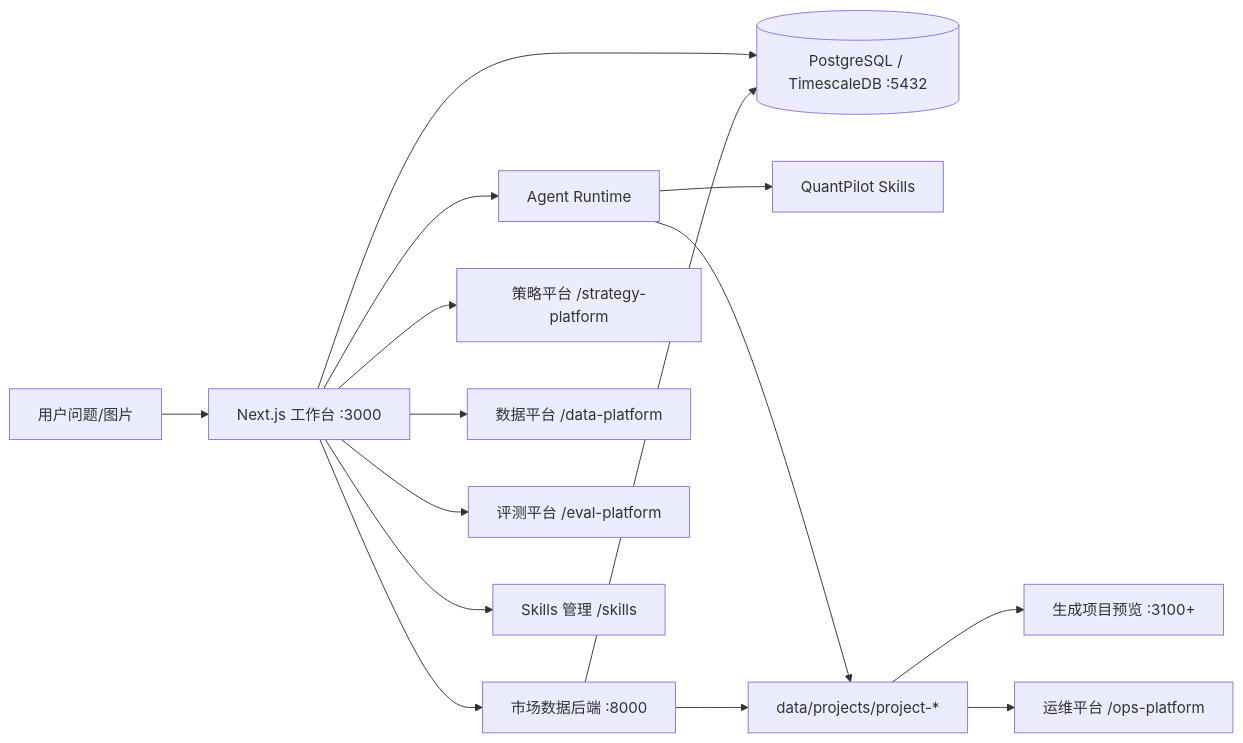
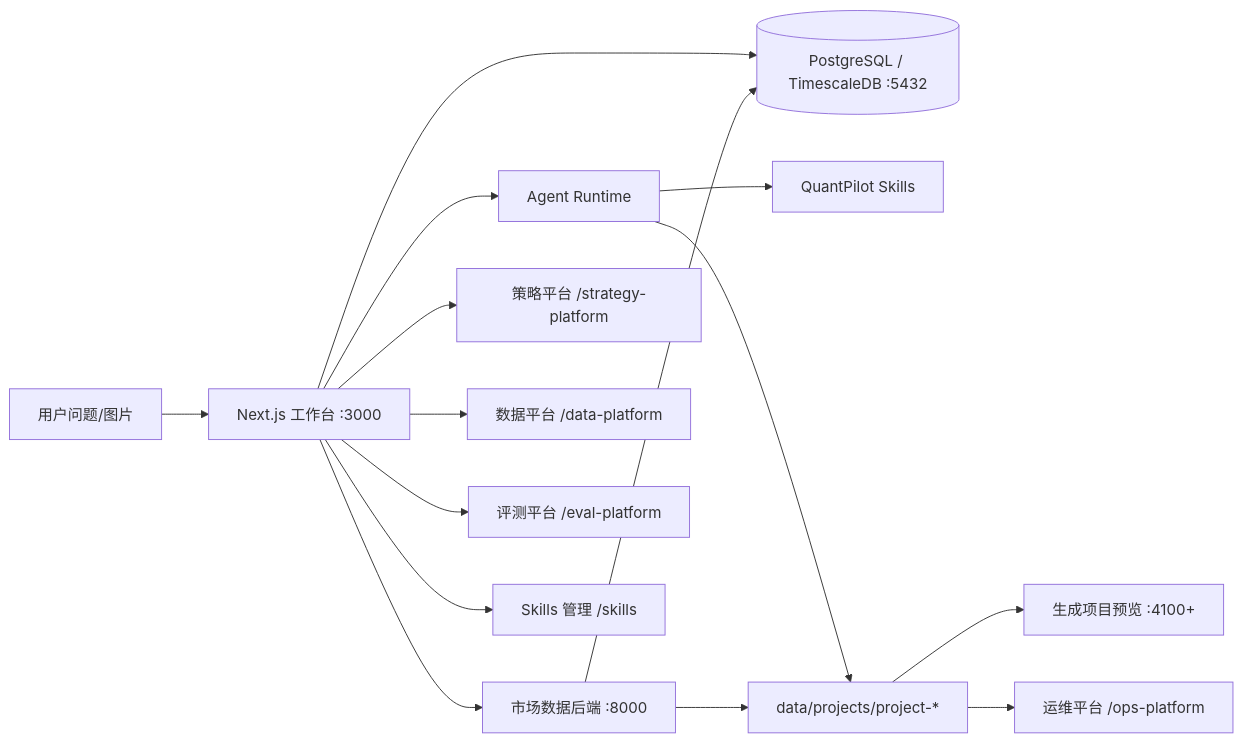
One commit to xbzz1018/SignalForge changed the diagram in docs/architecture.md. Above: the diagram before and after it, drawn with Mermaid. The commit also changed 18 other files, not shown here.

````diff
--- a/docs/architecture.md
+++ b/docs/architecture.md
@@ -5,17 +5,17 @@
 ```mermaid
 flowchart LR
   U[用户问题/图片] --> W[Next.js 工作台 :3000]
   W --> DB[(PostgreSQL / TimescaleDB :5432)]
   W --> R[Agent Runtime]
   R --> S[QuantPilot Skills]
   W --> M[市场数据后端 :8000]
   M --> DB
   R --> P[data/projects/project-*]
   M --> P
-  P --> V[生成项目预览 :3100+]
+  P --> V[生成项目预览 :4100+]
   P --> H[运维平台 /ops-platform]
   W --> T[策略平台 /strategy-platform]
   W --> C[数据平台 /data-platform]
   W --> E[评测平台 /eval-platform]
   W --> A[Skills 管理 /skills]
 ```
````
